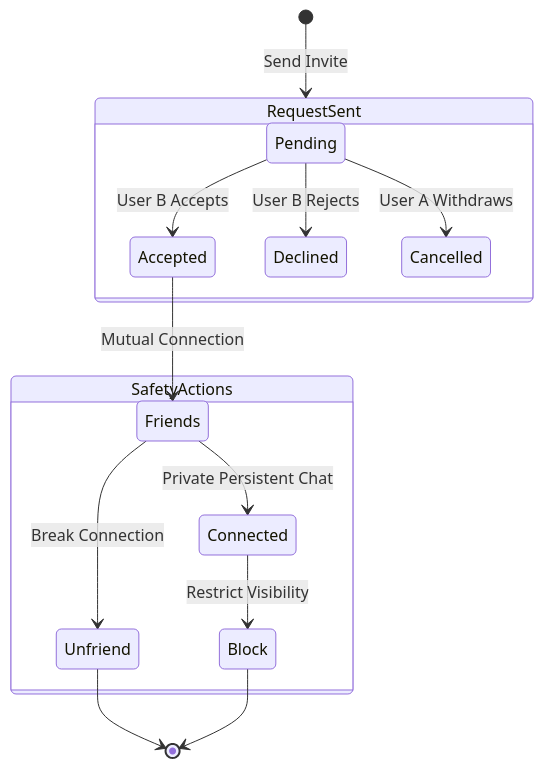
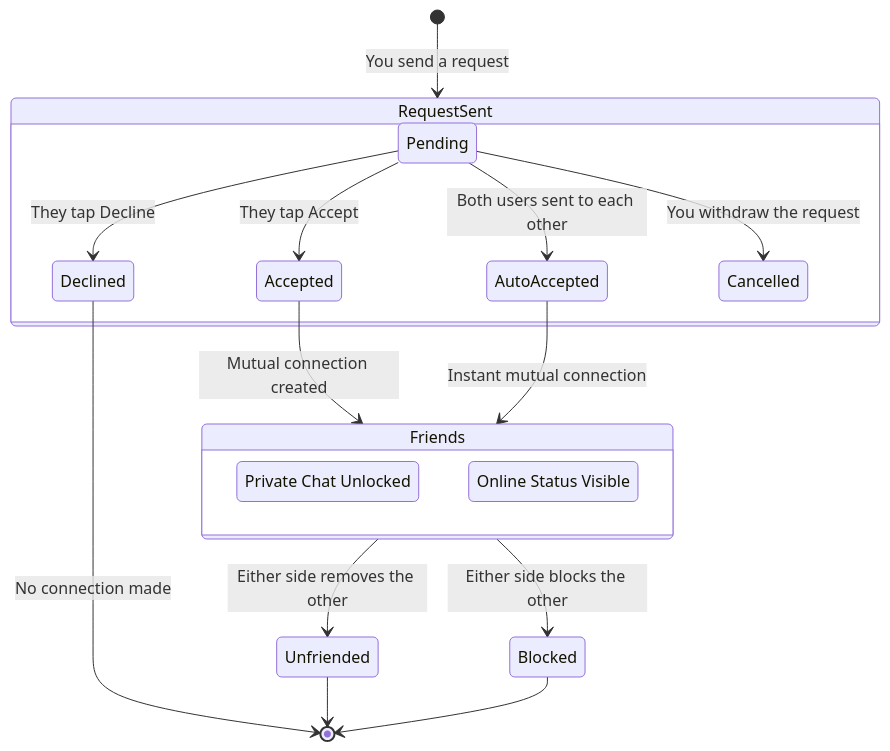
The sixth of 14 diagrams in docs/DIAGRAMS.md (Akash-Veerla/Demographic), drawn with Mermaid before and after one commit. The commit also changed other lines of this file and 2 other files, not shown here.

Commit message:
Update README.md & DIAGRAMS.md

````diff
--- a/docs/DIAGRAMS.md
+++ b/docs/DIAGRAMS.md
@@ -186,23 +195,28 @@
 ```mermaid
 stateDiagram-v2
-    [*] --> RequestSent : Send Invite
-    
+    [*] --> RequestSent : You send a request
+
     state RequestSent {
         direction LR
-        Pending --> Accepted : User B Accepts
-        Pending --> Declined : User B Rejects
-        Pending --> Cancelled : User A Withdraws
+        Pending --> AutoAccepted : Both users sent to each other
+        Pending --> Accepted : They tap Accept
+        Pending --> Declined : They tap Decline
+        Pending --> Cancelled : You withdraw the request
     }
-    
-    Accepted --> Friends : Mutual Connection
-    Friends --> Connected : Private Persistent Chat
-    
-    state SafetyActions {
+
+    Accepted --> Friends : Mutual connection created
+    AutoAccepted --> Friends : Instant mutual connection
+    Declined --> [*] : No connection made
+
+    state Friends {
         direction TB
-        Friends --> Unfriend : Break Connection
-        Connected --> Block : Restrict Visibility
+        CanChat : Private Chat Unlocked
+        CanSeeStatus : Online Status Visible
     }
-    
-    Unfriend --> [*]
-    Block --> [*]
+
+    Friends --> Unfriended : Either side removes the other
+    Friends --> Blocked : Either side blocks the other
+
+    Unfriended --> [*]
+    Blocked --> [*]
 ```
````
